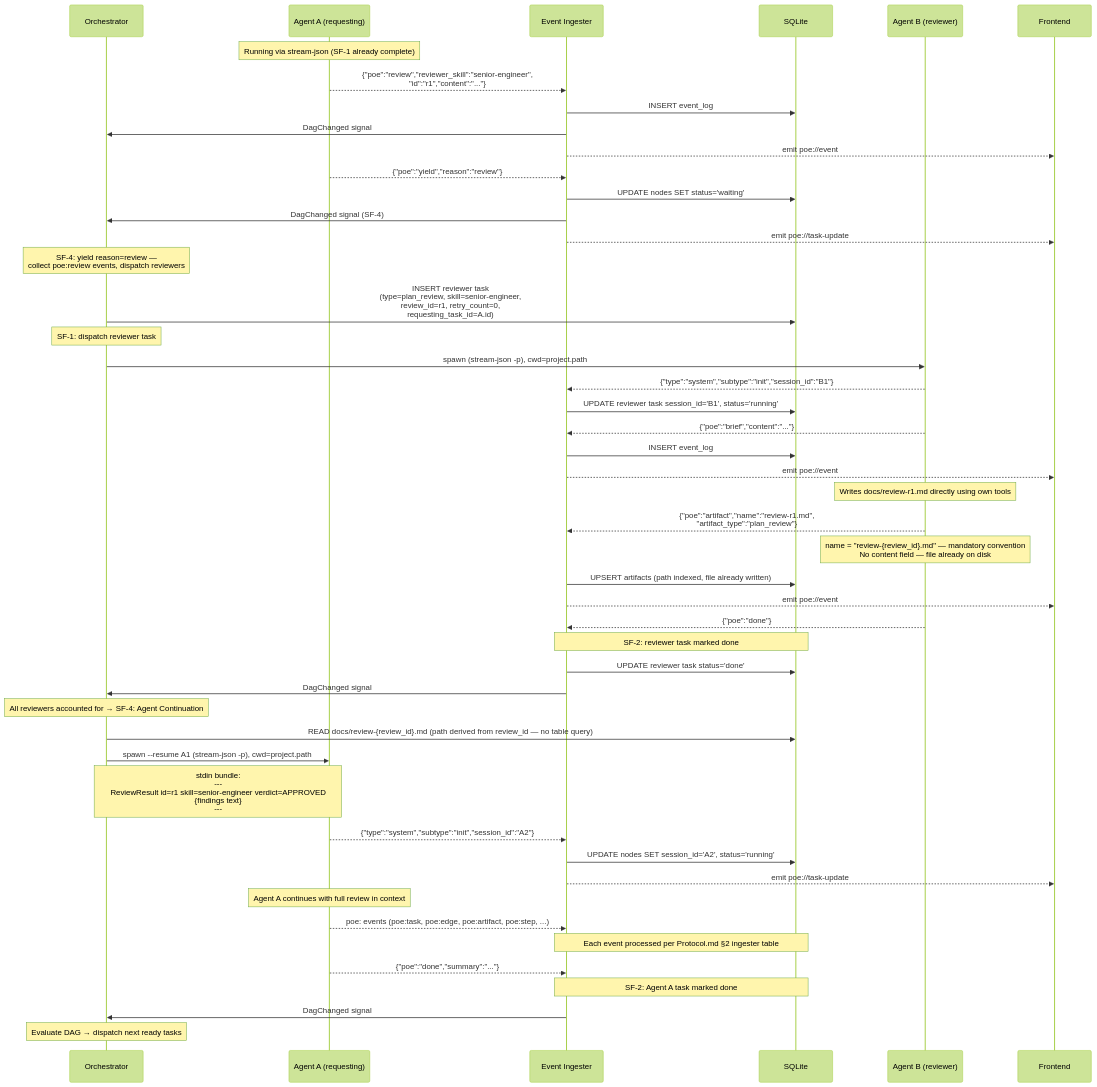
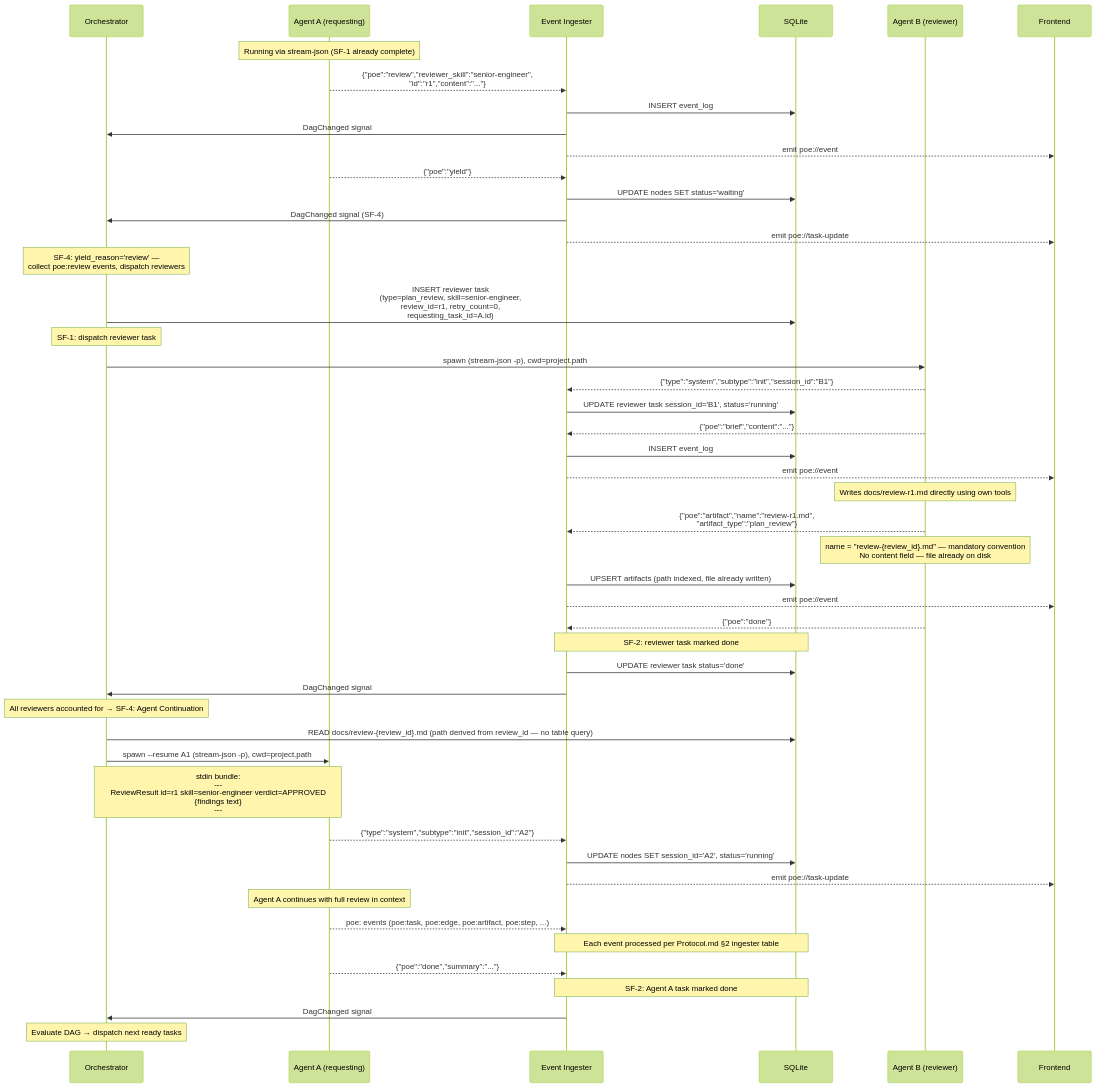
The first of 10 diagrams in doc-POE/Flows.md (grant-traynor/bp6), drawn with Mermaid (forest theme) before and after one commit. The commit also changed other lines of this file and 3 other files, not shown here.

````diff
--- a/doc-POE/Flows.md
+++ b/doc-POE/Flows.md
@@ -224,66 +226,66 @@
 ```mermaid
 sequenceDiagram
     participant Orch as Orchestrator
     participant A as Agent A (requesting)
     participant Ing as Event Ingester
     participant DB as SQLite
     participant B as Agent B (reviewer)
     participant FE as Frontend
 
     Note over A: Running via stream-json (SF-1 already complete)
 
     A-->>Ing: {"poe":"review","reviewer_skill":"senior-engineer",<br/>"id":"r1","content":"..."}
     Ing->>DB: INSERT event_log
     Ing->>Orch: DagChanged signal
     Ing-->>FE: emit poe://event
 
-    A-->>Ing: {"poe":"yield","reason":"review"}
+    A-->>Ing: {"poe":"yield"}
     Ing->>DB: UPDATE nodes SET status='waiting'
     Ing->>Orch: DagChanged signal (SF-4)
     Ing-->>FE: emit poe://task-update
 
-    Note over Orch: SF-4: yield reason=review —<br/>collect poe:review events, dispatch reviewers
+    Note over Orch: SF-4: yield_reason='review' —<br/>collect poe:review events, dispatch reviewers
 
     Orch->>DB: INSERT reviewer task<br/>(type=plan_review, skill=senior-engineer,<br/>review_id=r1, retry_count=0,<br/>requesting_task_id=A.id)
     Note over Orch: SF-1: dispatch reviewer task
 
     Orch->>B: spawn (stream-json -p), cwd=project.path
     B-->>Ing: {"type":"system","subtype":"init","session_id":"B1"}
     Ing->>DB: UPDATE reviewer task session_id='B1', status='running'
 
     B-->>Ing: {"poe":"brief","content":"..."}
     Ing->>DB: INSERT event_log
     Ing-->>FE: emit poe://event
 
     Note over B: Writes docs/review-r1.md directly using own tools
     B-->>Ing: {"poe":"artifact","name":"review-r1.md",<br/>"artifact_type":"plan_review"}
     Note over B: name = "review-{review_id}.md" — mandatory convention<br/>No content field — file already on disk
     Ing->>DB: UPSERT artifacts (path indexed, file already written)
     Ing-->>FE: emit poe://event
 
     B-->>Ing: {"poe":"done"}
     Note over Ing,DB: SF-2: reviewer task marked done
 
     Ing->>DB: UPDATE reviewer task status='done'
     Ing->>Orch: DagChanged signal
 
     Note over Orch: All reviewers accounted for → SF-4: Agent Continuation
 
     Orch->>DB: READ docs/review-{review_id}.md (path derived from review_id — no table query)
     Orch->>A: spawn --resume A1 (stream-json -p), cwd=project.path
     Note over Orch,A: stdin bundle:<br/>---<br/>ReviewResult id=r1 skill=senior-engineer verdict=APPROVED<br/>{findings text}<br/>---
 
     A-->>Ing: {"type":"system","subtype":"init","session_id":"A2"}
     Ing->>DB: UPDATE nodes SET session_id='A2', status='running'
     Ing-->>FE: emit poe://task-update
 
     Note over A: Agent A continues with full review in context
 
     A-->>Ing: poe: events (poe:task, poe:edge, poe:artifact, poe:step, ...)
     Note over Ing,DB: Each event processed per Protocol.md §2 ingester table
 
     A-->>Ing: {"poe":"done","summary":"..."}
     Note over Ing,DB: SF-2: Agent A task marked done
     Ing->>Orch: DagChanged signal
     Note over Orch: Evaluate DAG → dispatch next ready tasks
 ```
````
